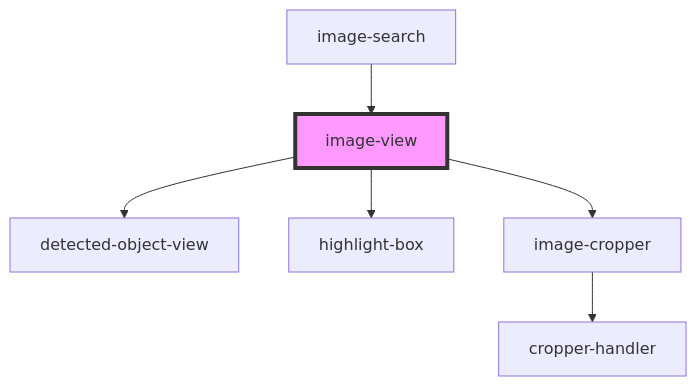
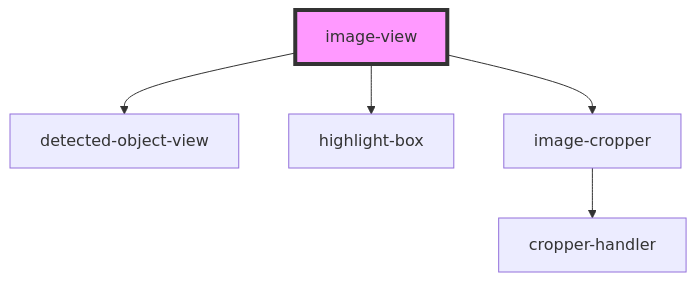
Before and after one commit to vviinn/widgets: the diagram in src/components/image-search/image-view/readme.md, drawn with Mermaid. The commit also changed other lines of this file and 8 other files, not shown here.

````diff
--- a/src/components/image-search/image-view/readme.md
+++ b/src/components/image-search/image-view/readme.md
@@ -37,9 +33,8 @@
 ```mermaid
 graph TD;
   image-view --> detected-object-view
   image-view --> highlight-box
   image-view --> image-cropper
   image-cropper --> cropper-handler
-  image-search --> image-view
   style image-view fill:#f9f,stroke:#333,stroke-width:4px
 ```
````
